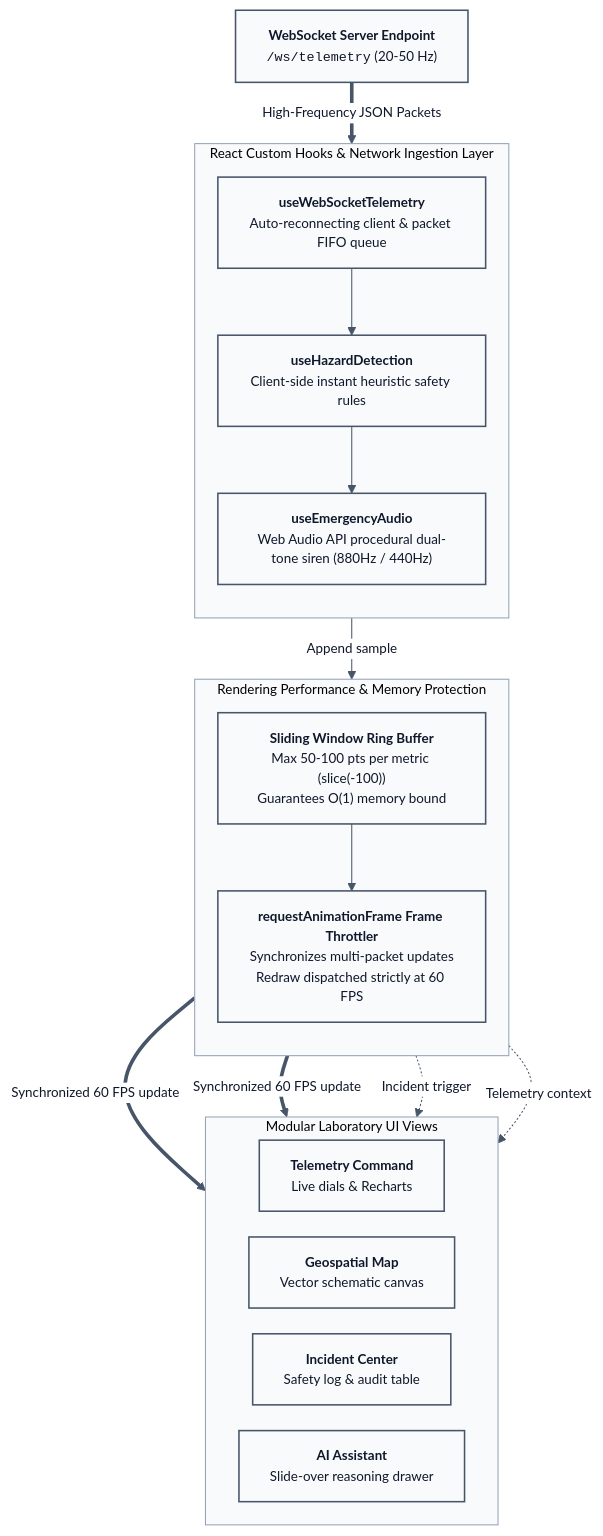
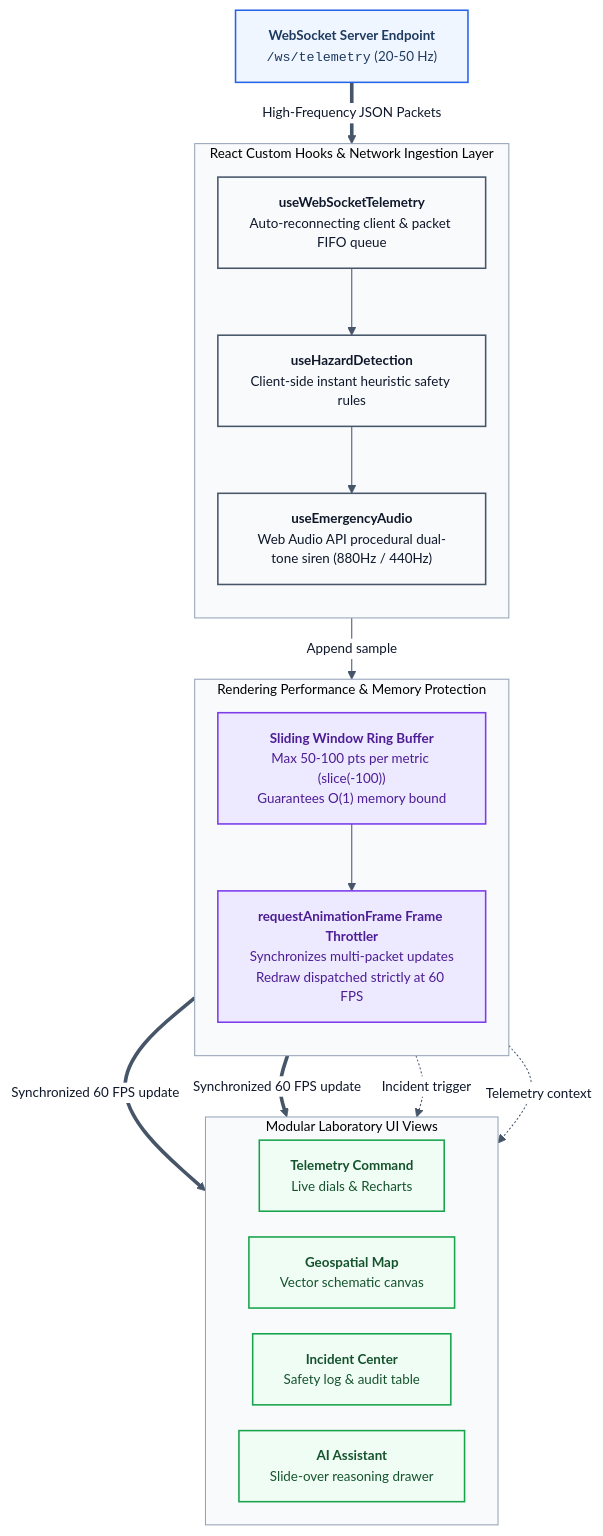
Before and after one commit to MadhavK3/niriksha: the first of 2 diagrams in docs/06_FRONTEND_AND_DASHBOARD.md, drawn with Mermaid. The commit also changed other lines of this file and 10 other files, not shown here.

Commit message:
docs: overhaul architecture diagrams to semantic monochromatic Mermaid flowcharts

````diff
--- a/docs/06_FRONTEND_AND_DASHBOARD.md
+++ b/docs/06_FRONTEND_AND_DASHBOARD.md
@@ -9,55 +9,61 @@
 ```mermaid
 %%{init: {
   "theme": "base",
   "themeVariables": {
     "fontFamily": "Inter, Segoe UI, -apple-system, BlinkMacSystemFont, Roboto, sans-serif",
     "fontSize": "13px",
     "primaryColor": "#ffffff",
     "primaryBorderColor": "#64748b",
     "primaryTextColor": "#0f172a",
     "lineColor": "#475569",
     "clusterBkg": "#f8fafc",
     "clusterBorder": "#94a3b8"
   },
   "flowchart": { "curve": "basis", "htmlLabels": true, "nodeSpacing": 25, "rankSpacing": 40 }
 } }%%
 flowchart TB
     WS_SRV["<b>WebSocket Server Endpoint</b><br/><code>/ws/telemetry</code> (20-50 Hz)"]
 
     subgraph HOOKS["React Custom Hooks &amp; Network Ingestion Layer"]
         direction TB
         WS_H["<b>useWebSocketTelemetry</b><br/>Auto-reconnecting client &amp; packet FIFO queue"]
         HAZ_H["<b>useHazardDetection</b><br/>Client-side instant heuristic safety rules"]
         AUD_H["<b>useEmergencyAudio</b><br/>Web Audio API procedural dual-tone siren (880Hz / 440Hz)"]
         WS_H --> HAZ_H --> AUD_H
     end
 
     WS_SRV ==>|"High-Frequency JSON Packets"| WS_H
 
     subgraph PERF["Rendering Performance &amp; Memory Protection"]
         direction TB
         BUFFER["<b>Sliding Window Ring Buffer</b><br/>Max 50-100 pts per metric (slice(-100))<br/>Guarantees O(1) memory bound"]
         RAF["<b>requestAnimationFrame Frame Throttler</b><br/>Synchronizes multi-packet updates<br/>Redraw dispatched strictly at 60 FPS"]
         BUFFER --> RAF
     end
 
     WS_H -->|"Append sample"| BUFFER
 
     subgraph VIEWS["Modular Laboratory UI Views"]
         direction LR
         V1["<b>Telemetry Command</b><br/>Live dials &amp; Recharts"]
         V2["<b>Geospatial Map</b><br/>Vector schematic canvas"]
         V3["<b>Incident Center</b><br/>Safety log &amp; audit table"]
         V4["<b>AI Assistant</b><br/>Slide-over reasoning drawer"]
     end
 
     RAF ==>|"Synchronized 60 FPS update"| V1
     RAF ==>|"Synchronized 60 FPS update"| V2
     RAF -.->|"Incident trigger"| V3
     RAF -.->|"Telemetry context"| V4
 
     classDef default fill:#ffffff,stroke:#64748b,stroke-width:1px,color:#0f172a;
-    classDef blueprint fill:#f8fafc,stroke:#475569,stroke-width:1.5px,color:#0f172a;
+    classDef nodeStream fill:#eff6ff,stroke:#2563eb,stroke-width:1.5px,color:#1e3a5f;
+    classDef nodeHook fill:#f8fafc,stroke:#475569,stroke-width:1.5px,color:#0f172a;
+    classDef nodePerf fill:#ede9fe,stroke:#7c3aed,stroke-width:1.5px,color:#4c1d95;
+    classDef nodeView fill:#f0fdf4,stroke:#16a34a,stroke-width:1.5px,color:#14532d;
 
-    class WS_SRV,WS_H,HAZ_H,AUD_H,BUFFER,RAF,V1,V2,V3,V4 blueprint;
+    class WS_SRV nodeStream;
+    class WS_H,HAZ_H,AUD_H nodeHook;
+    class BUFFER,RAF nodePerf;
+    class V1,V2,V3,V4 nodeView;
 ```
````
